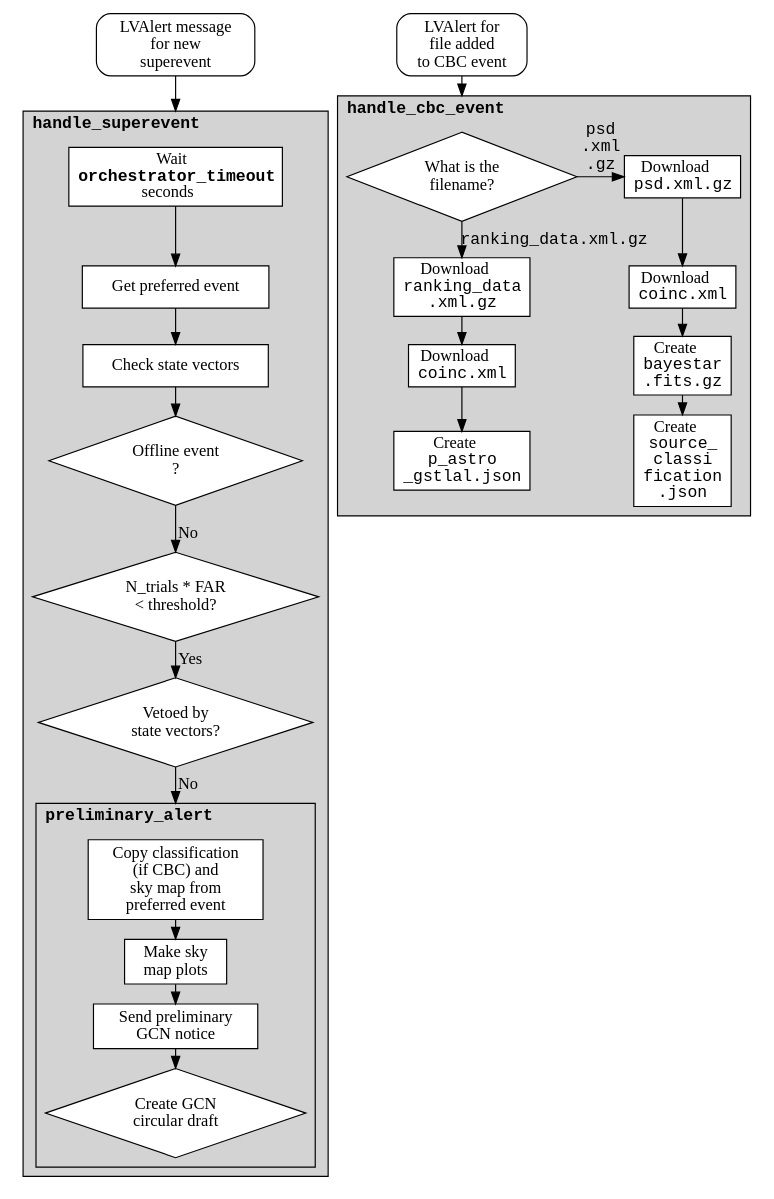
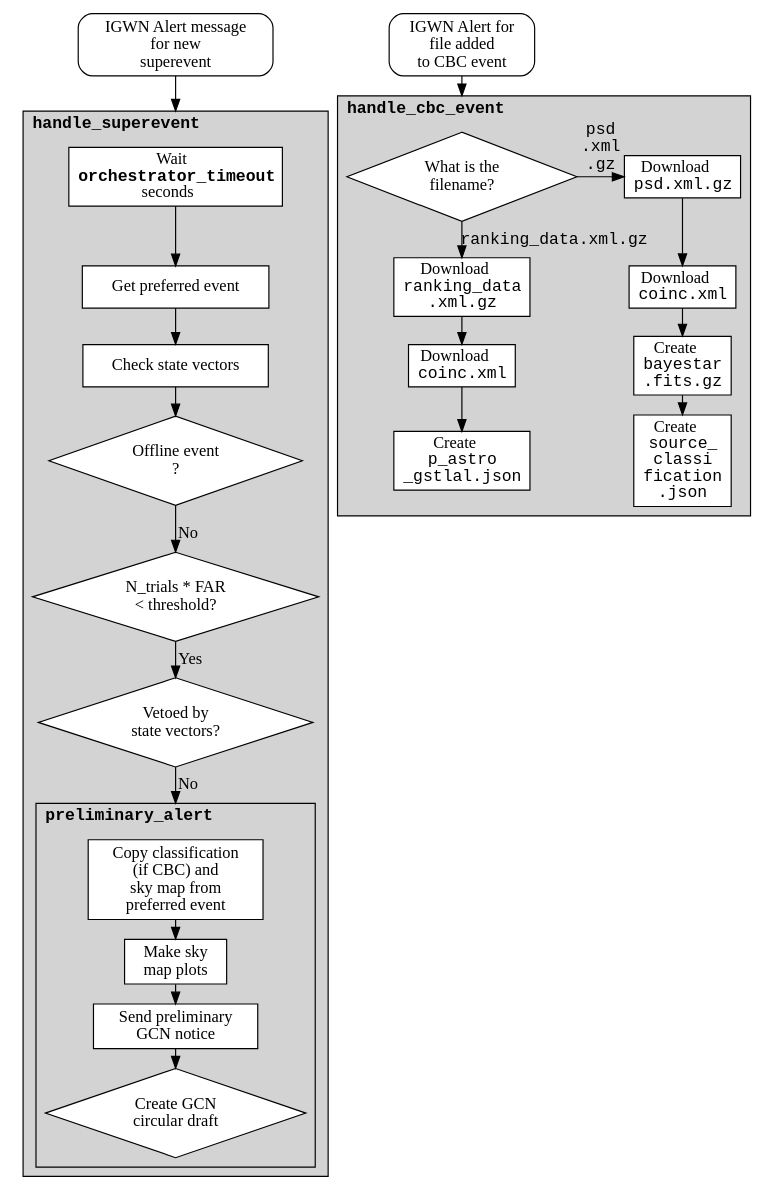
Before and after one commit to lpsinger/gwcelery: the first of 3 diagrams in doc/gwcelery.tasks.orchestrator.rst, drawn with Graphviz. The commit also changed other lines of this file and 53 other files, not shown here.

Commit message:
port over to igwn_alert client

```diff
--- a/doc/gwcelery.tasks.orchestrator.rst
+++ b/doc/gwcelery.tasks.orchestrator.rst
@@ -51,7 +51,7 @@
     ]
 
     superevent [
-        label = "LVAlert message\nfor new\nsuperevent"
+        label = "IGWN Alert message\nfor new\nsuperevent"
         style = rounded
     ]
 
@@ -125,7 +125,7 @@
     copy_from_preferred_event -> annotate_skymaps -> send_gcn -> circular
 
     cbc_event [
-        label = "LVAlert for\nfile added\nto CBC event"
+        label = "IGWN Alert for\nfile added\nto CBC event"
         style = rounded
     ]
 
```
